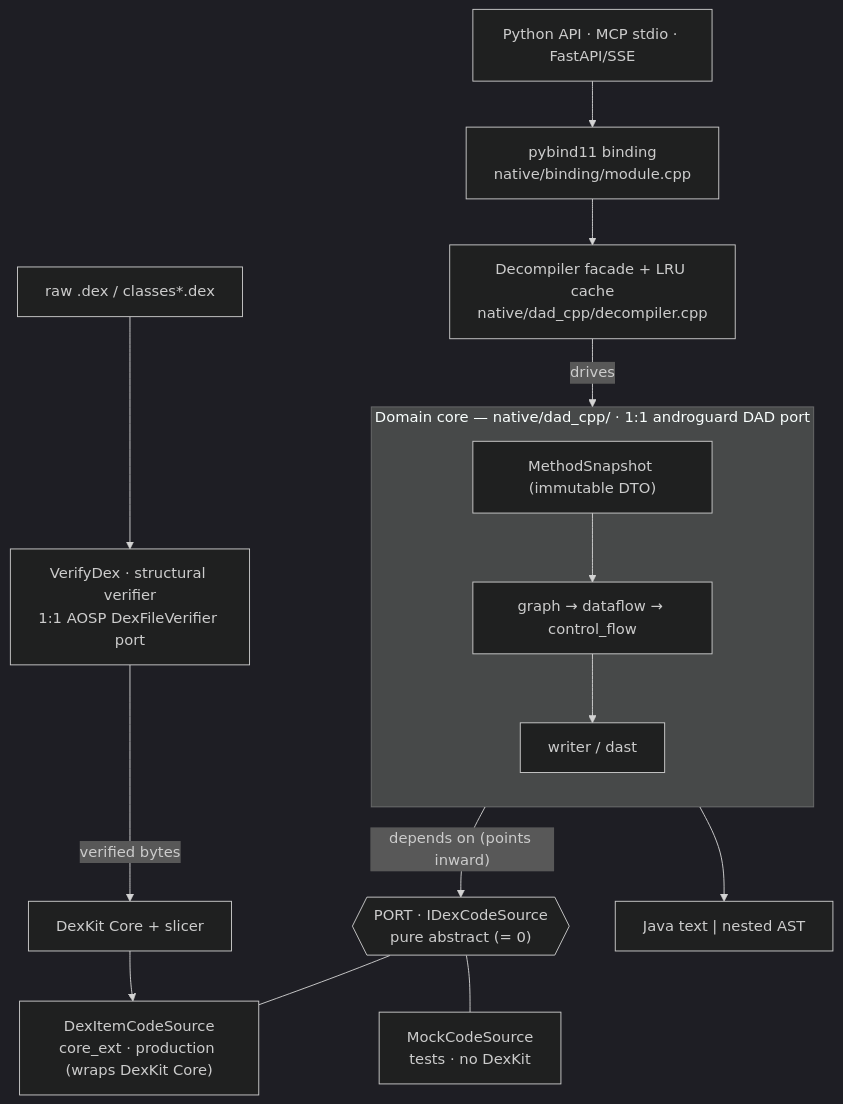
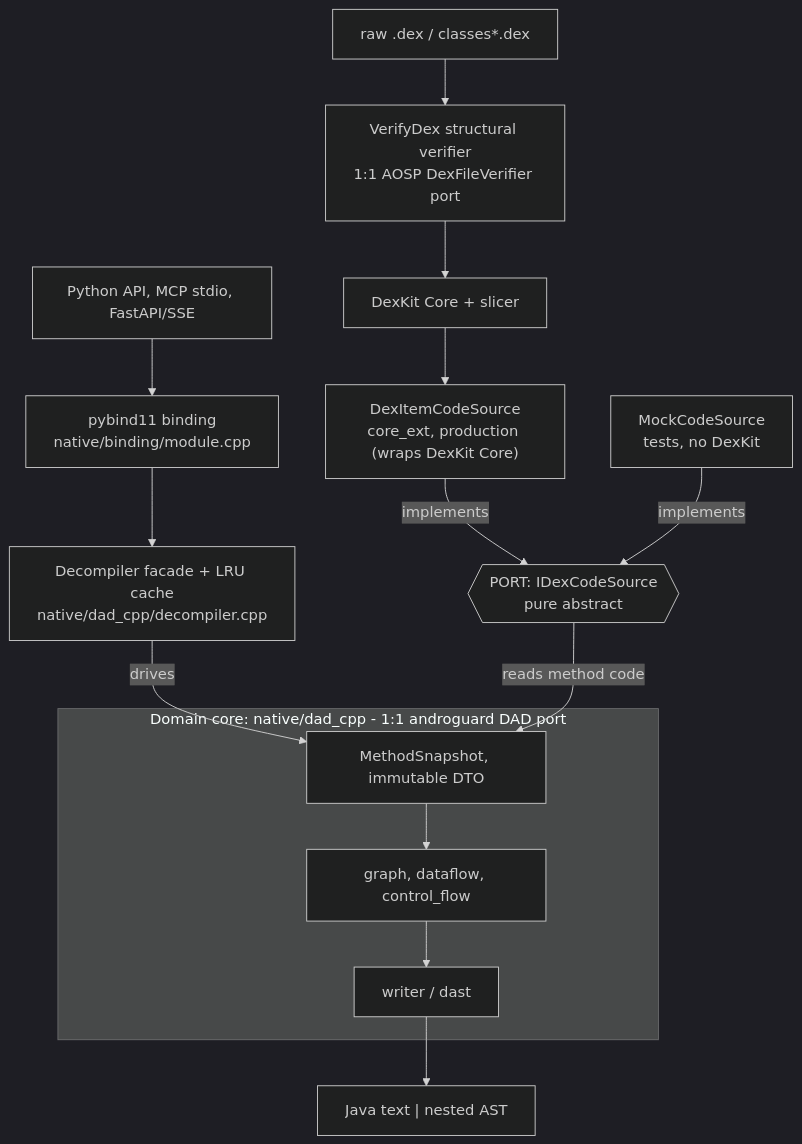
One commit to mobile-threat-hunter/dex-analyzer-for-llm changed the diagram in docs/architecture.md. Above: the diagram before and after it, drawn with Mermaid (dark theme). The commit also changed 1 other file, not shown here.

Commit message:
docs: harden Mermaid diagrams for GitHub rendering
The diagrams parsed and rendered locally (mermaid 10 + 11 via mermaid-cli), but
GitHub's renderer can silently fall back to showing raw source on a few finicky
constructs. Remove them so the diagrams render across GitHub's mermaid range:

- drop `direction` inside subgraphs (it conflicts with boundary-crossing edges)
- route edges to concrete nodes instead of to a subgraph id
- plain pipe-edge labels only (no quotes/parentheses inside `|...|`)

Re-verified: all three blocks render to real (non-error) SVG on mermaid-cli 10.9
and 11.15. No content change to the depicted architecture/pipeline.

````diff
--- a/docs/architecture.md
+++ b/docs/architecture.md
@@ -7,28 +7,28 @@
 ```mermaid
 flowchart TB
-    PY["Python API · MCP stdio · FastAPI/SSE"]
+    PY["Python API, MCP stdio, FastAPI/SSE"]
     BIND["pybind11 binding<br/>native/binding/module.cpp"]
     FACADE["Decompiler facade + LRU cache<br/>native/dad_cpp/decompiler.cpp"]
+    BYTES["raw .dex / classes*.dex"]
+    VERIFY["VerifyDex structural verifier<br/>1:1 AOSP DexFileVerifier port"]
+    DEXKIT["DexKit Core + slicer"]
+    PROD["DexItemCodeSource<br/>core_ext, production (wraps DexKit Core)"]
+    MOCK["MockCodeSource<br/>tests, no DexKit"]
+    PORT{{"PORT: IDexCodeSource<br/>pure abstract"}}
+    OUT["Java text | nested AST"]
 
-    subgraph core["Domain core — native/dad_cpp/ · 1:1 androguard DAD port"]
-        direction TB
-        SNAP["MethodSnapshot (immutable DTO)"]
-        PIPE["graph → dataflow → control_flow"]
+    subgraph core["Domain core: native/dad_cpp - 1:1 androguard DAD port"]
+        SNAP["MethodSnapshot, immutable DTO"]
+        PIPE["graph, dataflow, control_flow"]
         EMIT["writer / dast"]
         SNAP --> PIPE --> EMIT
     end
 
-    PORT{{"PORT · IDexCodeSource<br/>pure abstract (= 0)"}}
-    PROD["DexItemCodeSource<br/>core_ext · production (wraps DexKit Core)"]
-    MOCK["MockCodeSource<br/>tests · no DexKit"]
-    VERIFY["VerifyDex · structural verifier<br/>1:1 AOSP DexFileVerifier port"]
-    DEXKIT["DexKit Core + slicer"]
-    OUT["Java text | nested AST"]
-
-    PY --> BIND --> FACADE -->|drives| core
-    core -->|"depends on (points inward)"| PORT
-    PORT --- PROD
-    PORT --- MOCK
-    BYTES["raw .dex / classes*.dex"] --> VERIFY -->|verified bytes| DEXKIT --> PROD
+    PY --> BIND --> FACADE
+    FACADE -->|drives| SNAP
+    BYTES --> VERIFY --> DEXKIT --> PROD
+    PROD -->|implements| PORT
+    MOCK -->|implements| PORT
+    PORT -->|reads method code| SNAP
     EMIT --> OUT
 ```
````
